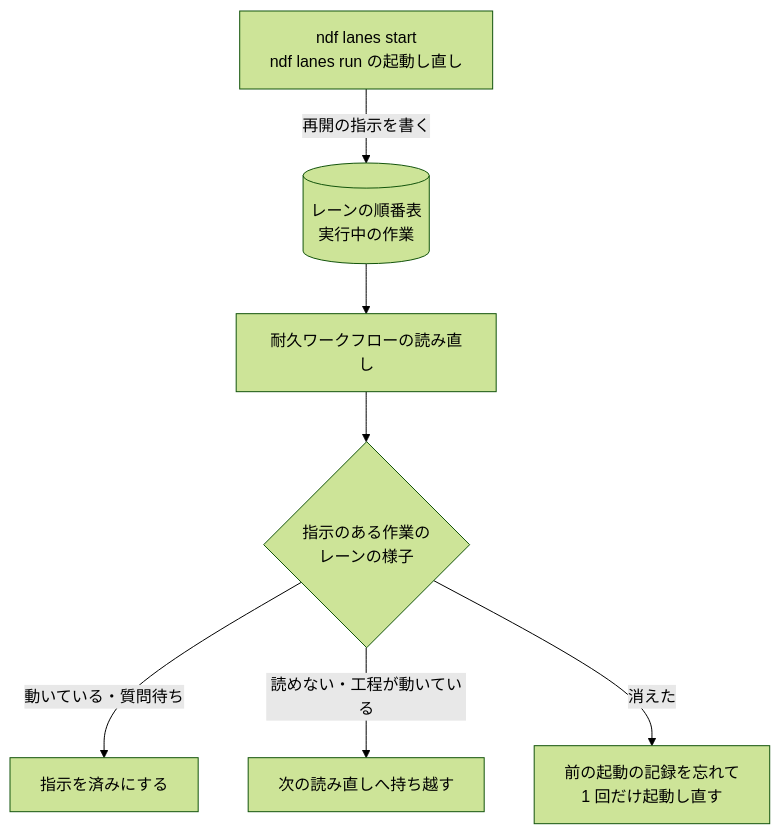
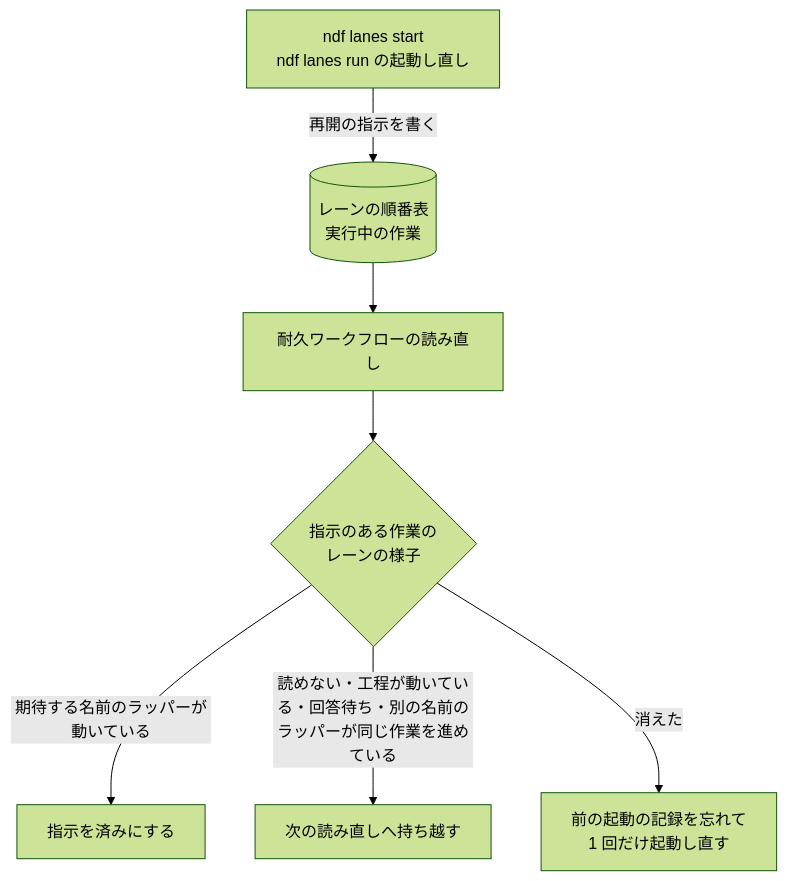
One commit to devbasex/ai-plugins changed the second of 5 diagrams in issues/issue-4575-design.md. Above: the diagram before and after it, drawn with Mermaid (forest theme). The commit also changed other lines of this file, not shown here.

````diff
--- a/issues/issue-4575-design.md
+++ b/issues/issue-4575-design.md
@@ -52,9 +52,9 @@
 ```mermaid
 graph TD
   C["ndf lanes start<br/>ndf lanes run の起動し直し"] -->|再開の指示を書く| T[("レーンの順番表<br/>実行中の作業")]
   T --> O[耐久ワークフローの読み直し]
   O --> J{指示のある作業の<br/>レーンの様子}
-  J -->|動いている・質問待ち| D[指示を済みにする]
-  J -->|読めない・工程が動いている| K[次の読み直しへ持ち越す]
+  J -->|期待する名前のラッパーが動いている| D[指示を済みにする]
+  J -->|読めない・工程が動いている・回答待ち・別の名前のラッパーが同じ作業を進めている| K[次の読み直しへ持ち越す]
   J -->|消えた| F[前の起動の記録を忘れて<br/>1 回だけ起動し直す]
 ```
````
